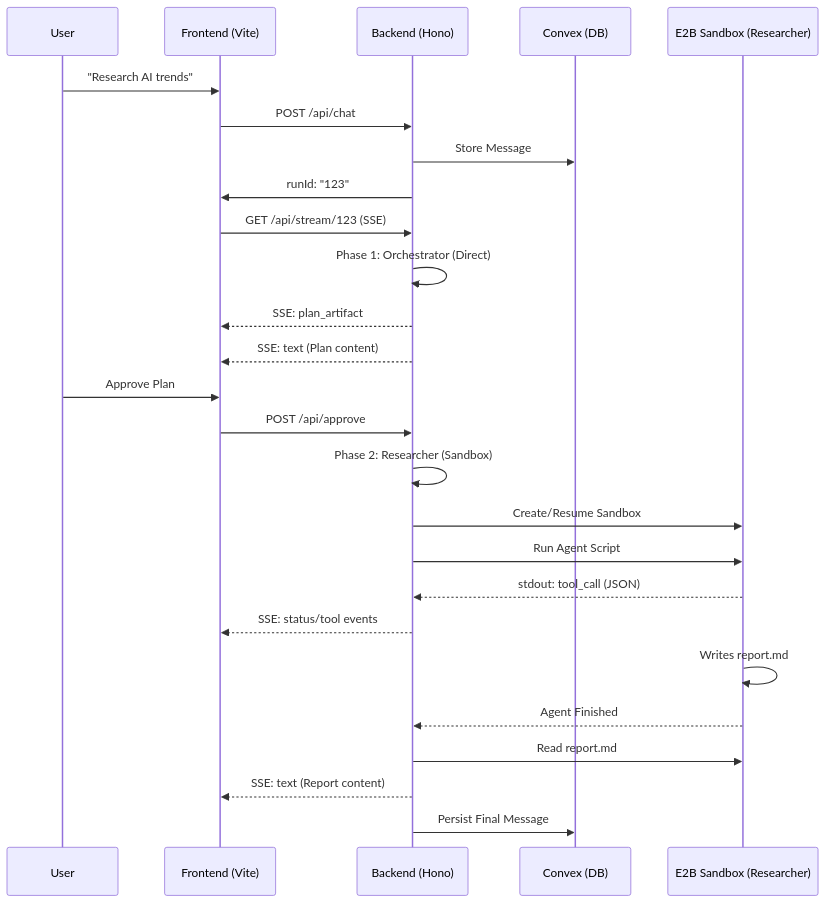
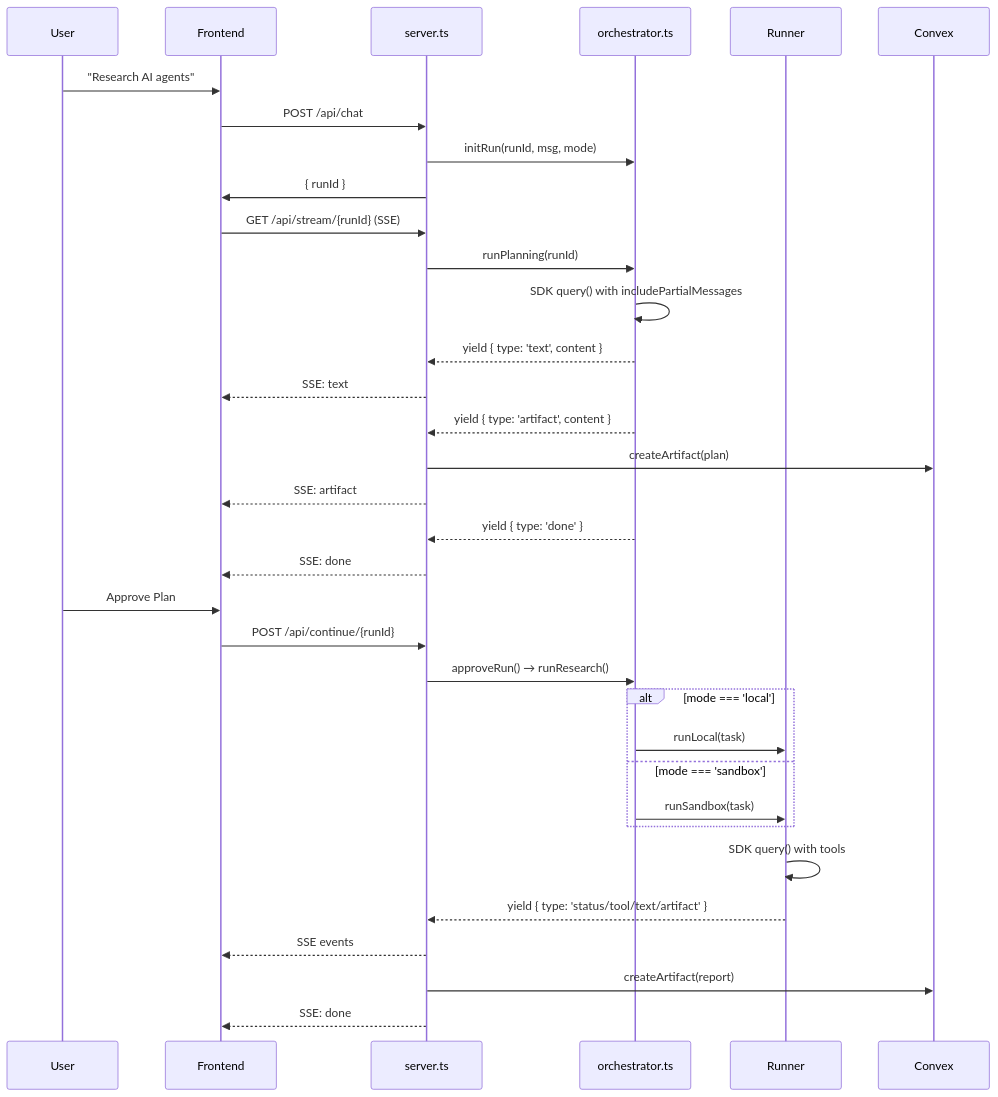
The diagram in docs/architecture/hybrid-architecture.md (surafel-dem/claude-sdk), drawn with Mermaid before and after one commit. The commit also changed other lines of this file and 118 other files, not shown here.

````diff
--- a/docs/architecture/hybrid-architecture.md
+++ b/docs/architecture/hybrid-architecture.md
@@ -24,33 +68,41 @@
 ```mermaid
 sequenceDiagram
     participant U as User
-    participant F as Frontend (Vite)
-    participant B as Backend (Hono)
-    participant C as Convex (DB)
-    participant S as E2B Sandbox (Researcher)
+    participant F as Frontend
+    participant B as server.ts
+    participant O as orchestrator.ts
+    participant R as Runner
+    participant C as Convex
 
-    U->>F: "Research AI trends"
+    U->>F: "Research AI agents"
     F->>B: POST /api/chat
-    B->>C: Store Message
-    B->>F: runId: "123"
+    B->>O: initRun(runId, msg, mode)
+    B->>F: { runId }
 
-    F->>B: GET /api/stream/123 (SSE)
-    B->>B: Phase 1: Orchestrator (Direct)
-    B-->>F: SSE: plan_artifact
-    B-->>F: SSE: text (Plan content)
+    F->>B: GET /api/stream/{runId} (SSE)
+    B->>O: runPlanning(runId)
+    O->>O: SDK query() with includePartialMessages
+    O-->>B: yield { type: 'text', content }
+    B-->>F: SSE: text
+    O-->>B: yield { type: 'artifact', content }
+    B->>C: createArtifact(plan)
+    B-->>F: SSE: artifact
+    O-->>B: yield { type: 'done' }
+    B-->>F: SSE: done
 
     U->>F: Approve Plan
-    F->>B: POST /api/approve
-
-    B->>B: Phase 2: Researcher (Sandbox)
-    B->>S: Create/Resume Sandbox
-    B->>S: Run Agent Script
-    S-->>B: stdout: tool_call (JSON)
-    B-->>F: SSE: status/tool events
+    F->>B: POST /api/continue/{runId}
+    B->>O: approveRun() → runResearch()
     
-    S->>S: Writes report.md
-    S-->>B: Agent Finished
-    B->>S: Read report.md
-    B-->>F: SSE: text (Report content)
-    B->>C: Persist Final Message
+    alt mode === 'local'
+        O->>R: runLocal(task)
+    else mode === 'sandbox'
+        O->>R: runSandbox(task)
+    end
+    
+    R->>R: SDK query() with tools
+    R-->>B: yield { type: 'status/tool/text/artifact' }
+    B-->>F: SSE events
+    B->>C: createArtifact(report)
+    B-->>F: SSE: done
 ```
````
